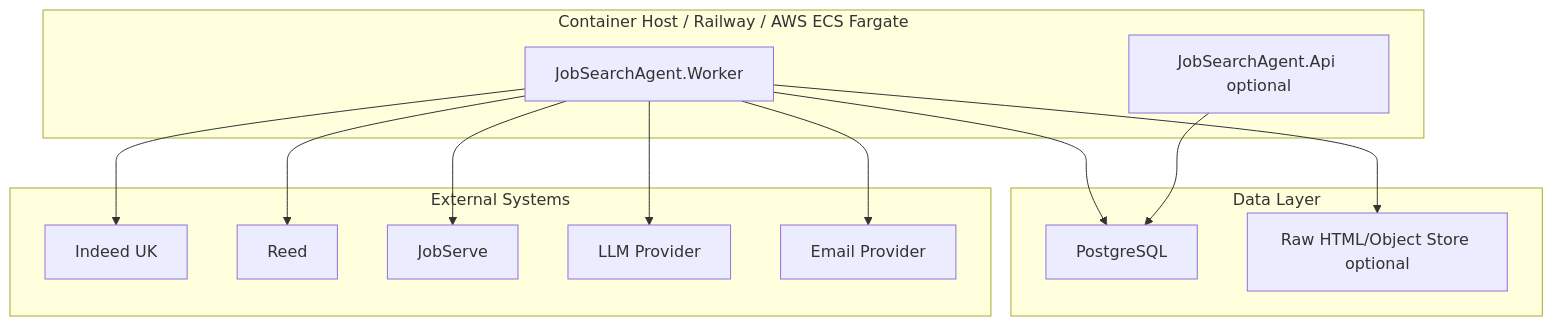
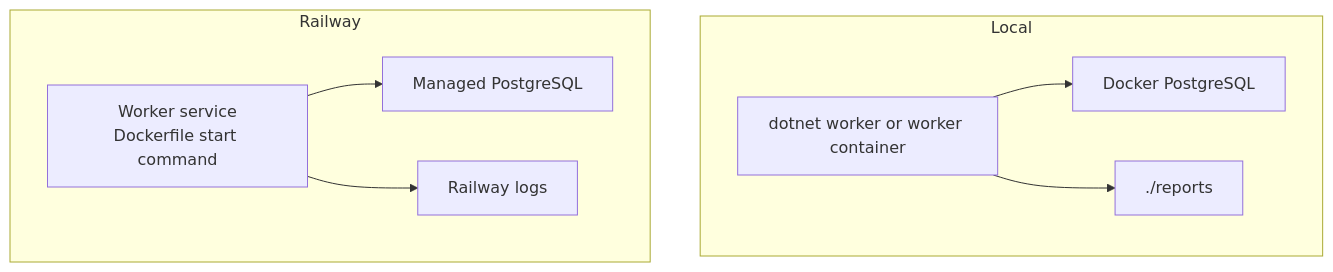
One commit to ekanatha-urivakili/AiJobSearchAgent changed the second of 7 diagrams in docs/job-search-agent-architecture.md. Above: the diagram before and after it, drawn with Mermaid. The commit also changed other lines of this file and 21 other files, not shown here.

````diff
--- a/docs/job-search-agent-architecture.md
+++ b/docs/job-search-agent-architecture.md
@@ -142,29 +36,18 @@
 ```mermaid
 flowchart TB
-    subgraph Runtime["Container Host / Railway / AWS ECS Fargate"]
-        Worker["JobSearchAgent.Worker"]
-        Api["JobSearchAgent.Api optional"]
+    subgraph Local["Local"]
+        LocalWorker["dotnet worker or worker container"]
+        LocalPg["Docker PostgreSQL"]
+        LocalReports["./reports"]
+        LocalWorker --> LocalPg
+        LocalWorker --> LocalReports
     end
 
-    subgraph Data["Data Layer"]
-        Pg["PostgreSQL"]
-        ObjectStore["Raw HTML/Object Store optional"]
+    subgraph Railway["Railway"]
+        RailwayWorker["Worker service\nDockerfile start command"]
+        RailwayPg["Managed PostgreSQL"]
+        RailwayLogs["Railway logs"]
+        RailwayWorker --> RailwayPg
+        RailwayWorker --> RailwayLogs
     end
-
-    subgraph External["External Systems"]
-        Indeed["Indeed UK"]
-        Reed["Reed"]
-        JobServe["JobServe"]
-        Llm["LLM Provider"]
-        Email["Email Provider"]
-    end
-
-    Worker --> Indeed
-    Worker --> Reed
-    Worker --> JobServe
-    Worker --> Llm
-    Worker --> Email
-    Worker --> Pg
-    Worker --> ObjectStore
-    Api --> Pg
 ```
````
